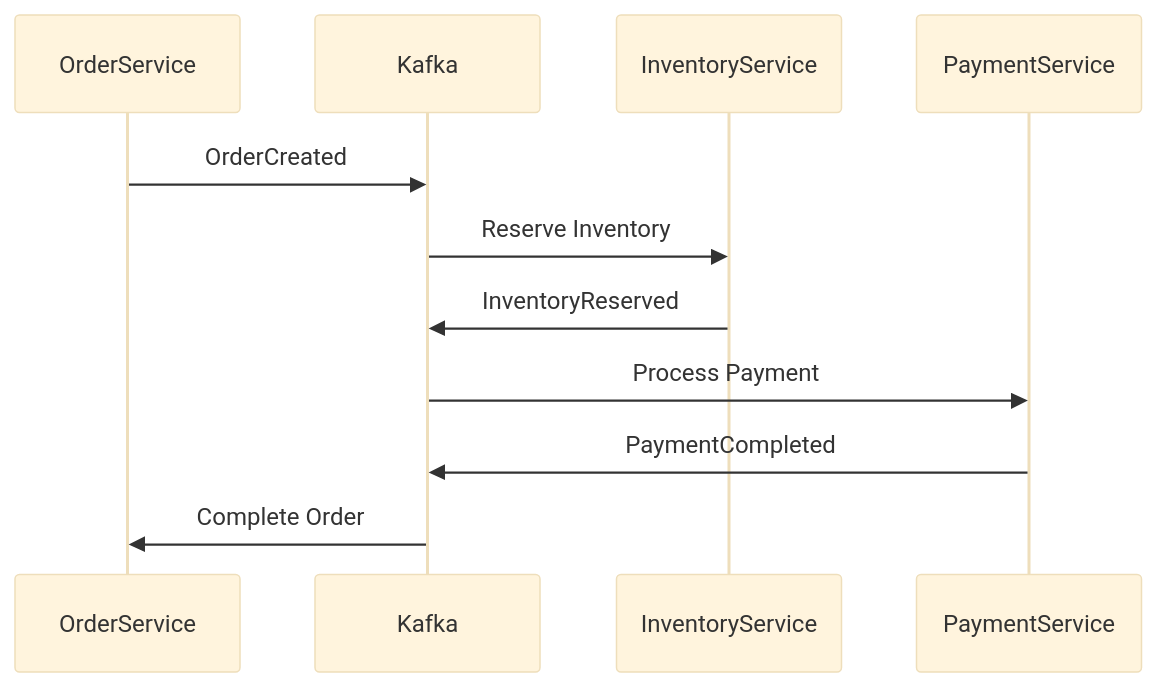
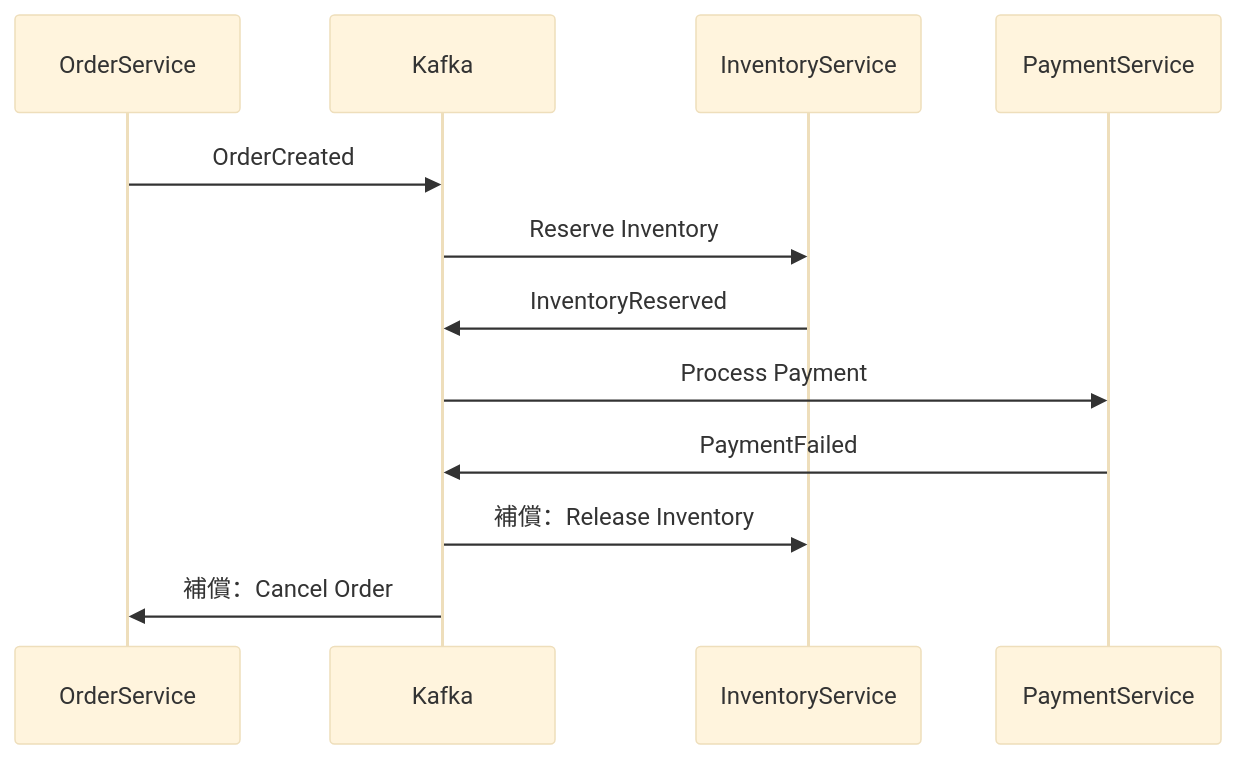
Diagram 19 of 29 in content/posts/教學/工具/Kafka教學手冊.md (chihhung/Blog), drawn with Mermaid (base theme) before and after one commit. The commit also changed other lines of this file and 10 other files, not shown here.

````diff
--- a/content/posts/教學/工具/Kafka教學手冊.md
+++ b/content/posts/教學/工具/Kafka教學手冊.md
@@ -1608,14 +3016,15 @@
 ```mermaid
 sequenceDiagram
     participant OrderService
     participant Kafka
     participant InventoryService
     participant PaymentService
-    
+
     OrderService->>Kafka: OrderCreated
     Kafka->>InventoryService: Reserve Inventory
     InventoryService->>Kafka: InventoryReserved
     Kafka->>PaymentService: Process Payment
-    PaymentService->>Kafka: PaymentCompleted
-    Kafka->>OrderService: Complete Order
+    PaymentService->>Kafka: PaymentFailed
+    Kafka->>InventoryService: 補償：Release Inventory
+    Kafka->>OrderService: 補償：Cancel Order
 ```
````
